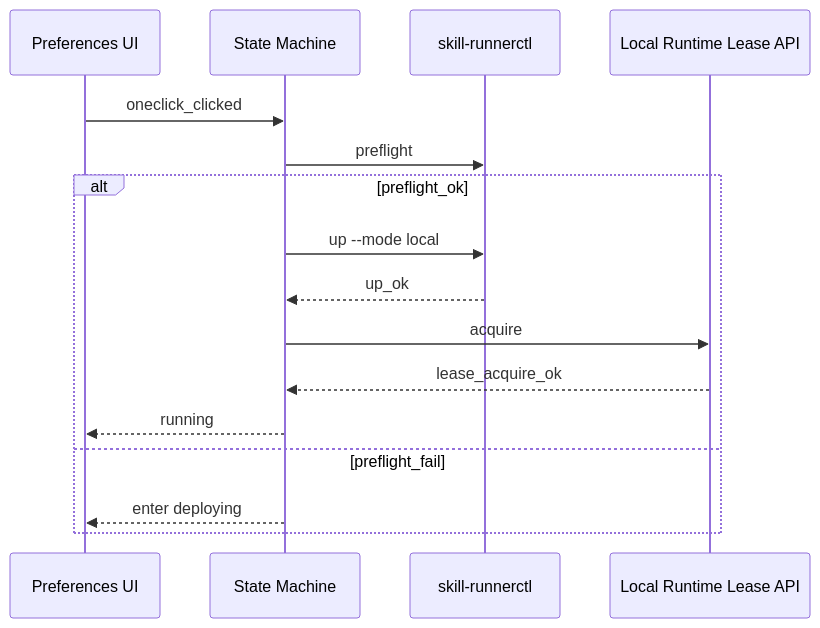
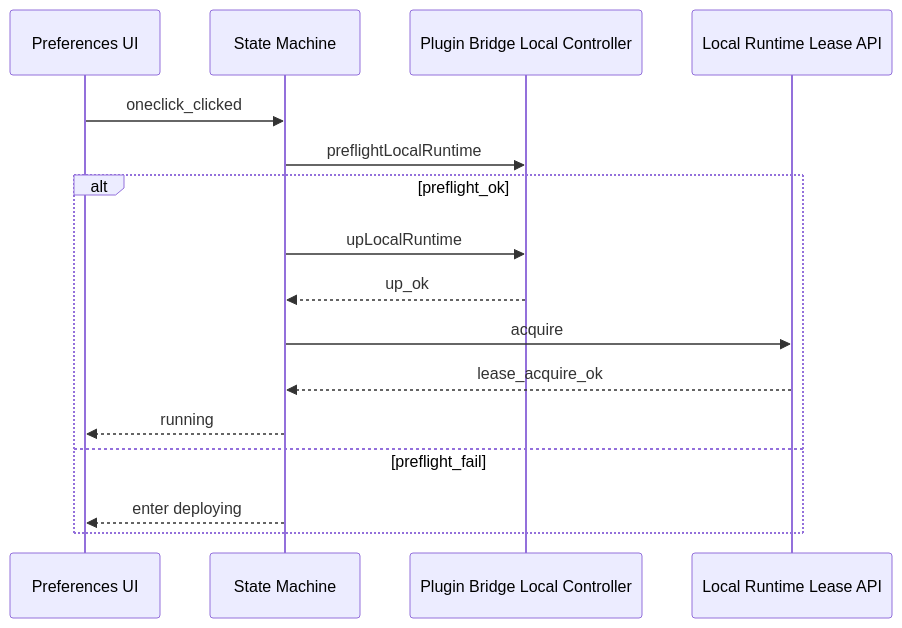
One commit to leike0813/Zotero-Skills changed the second of 6 diagrams in doc/components/skillrunner-local-runtime-oneclick-state-machine-ssot.md. Above: the diagram before and after it, drawn with Mermaid. The commit also changed other lines of this file and 15 other files, not shown here.

Commit message:
Migrate local backend control to plugin-side bridge component

````diff
--- a/doc/components/skillrunner-local-runtime-oneclick-state-machine-ssot.md
+++ b/doc/components/skillrunner-local-runtime-oneclick-state-machine-ssot.md
@@ -128,19 +130,19 @@
 ```mermaid
 sequenceDiagram
     participant UI as Preferences UI
     participant SM as State Machine
-    participant Ctl as skill-runnerctl
+    participant Bridge as Plugin Bridge Local Controller
     participant Lease as Local Runtime Lease API
 
     UI->>SM: oneclick_clicked
-    SM->>Ctl: preflight
+    SM->>Bridge: preflightLocalRuntime
     alt preflight_ok
-      SM->>Ctl: up --mode local
-      Ctl-->>SM: up_ok
+      SM->>Bridge: upLocalRuntime
+      Bridge-->>SM: up_ok
       SM->>Lease: acquire
       Lease-->>SM: lease_acquire_ok
       SM-->>UI: running
     else preflight_fail
       SM-->>UI: enter deploying
     end
 ```
````
